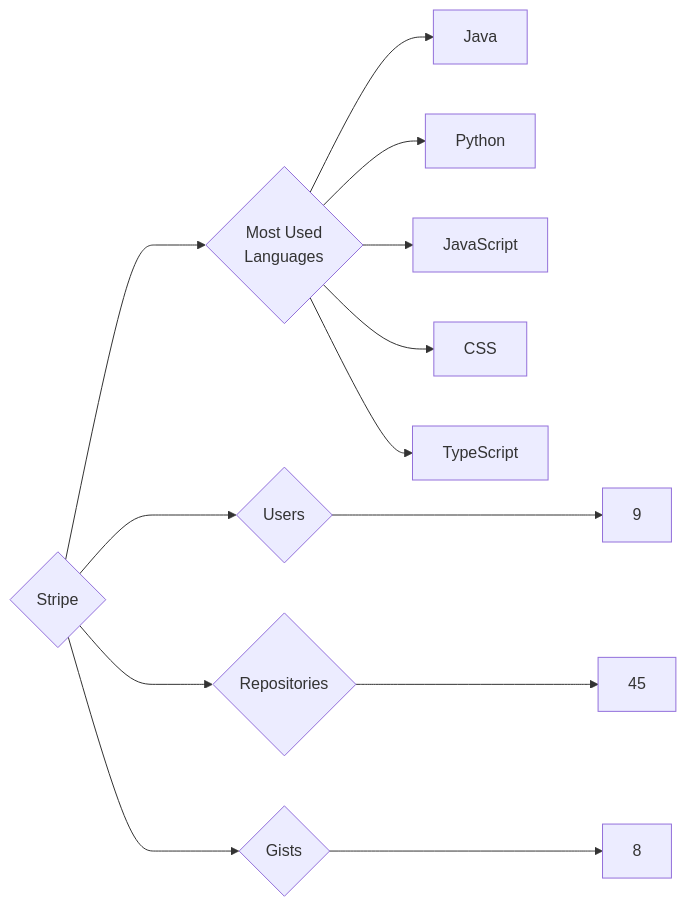
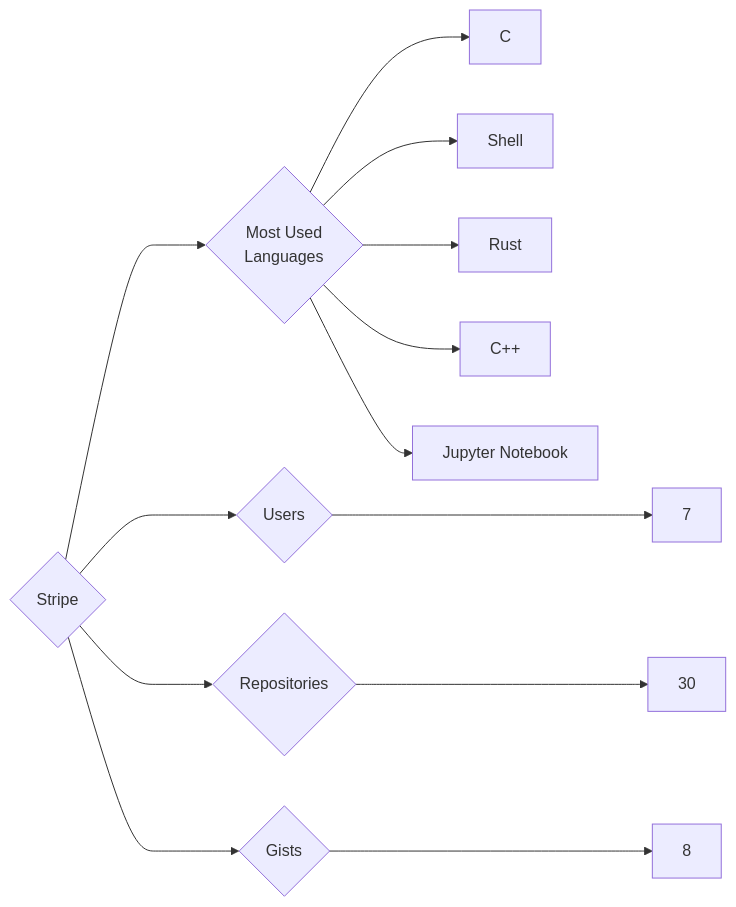
One commit to trickest/insiders changed the diagram in targets/Stripe/README.md. Above: the diagram before and after it, drawn with Mermaid. The commit also changed 1248 other files, not shown here.

````diff
--- a/targets/Stripe/README.md
+++ b/targets/Stripe/README.md
@@ -3,13 +3,13 @@
 ```mermaid
 graph LR
 COMPANY_NAME{Stripe}
-COMPANY_NAME ---> U{Users} ---> UN[9]
-COMPANY_NAME ---> R{Repositories} ---> RN[45]
+COMPANY_NAME ---> U{Users} ---> UN[7]
+COMPANY_NAME ---> R{Repositories} ---> RN[30]
 COMPANY_NAME ---> G{Gists} ---> GN[8]
 COMPANY_NAME ---> ML{Most Used<br>Languages}
-ML --> Java[Java]
-ML --> Python[Python]
-ML --> JavaScript[JavaScript]
-ML --> CSS[CSS]
-ML --> TypeScript[TypeScript]
+ML --> C[C]
+ML --> Shell[Shell]
+ML --> Rust[Rust]
+ML --> C++[C++]
+ML --> Jupyter_Notebook[Jupyter Notebook]
 ```
````
